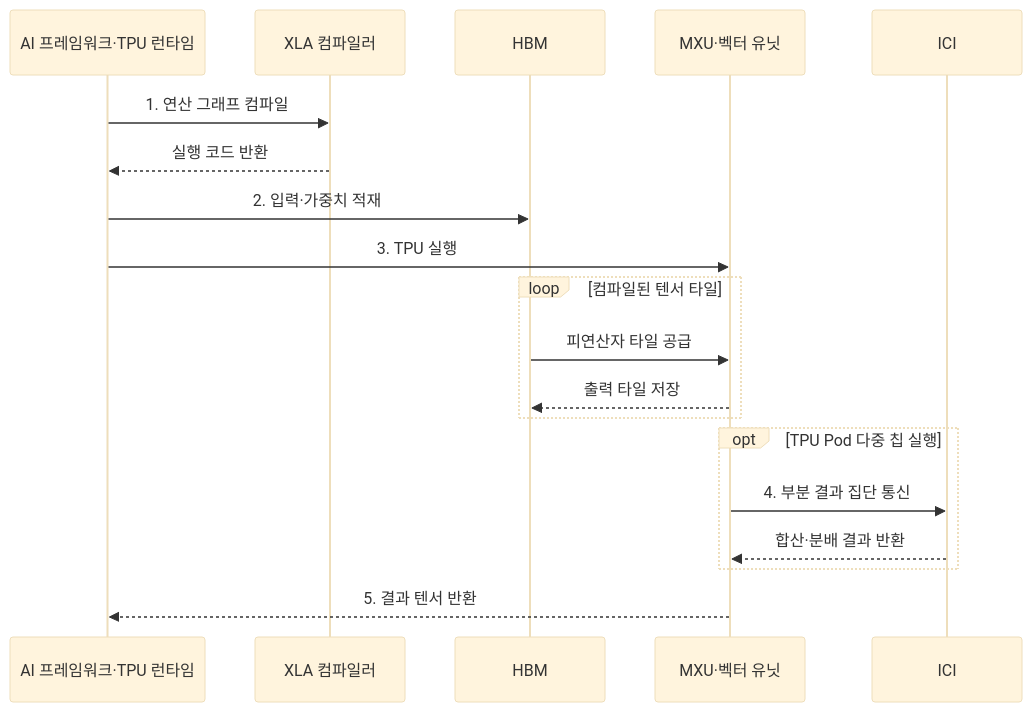
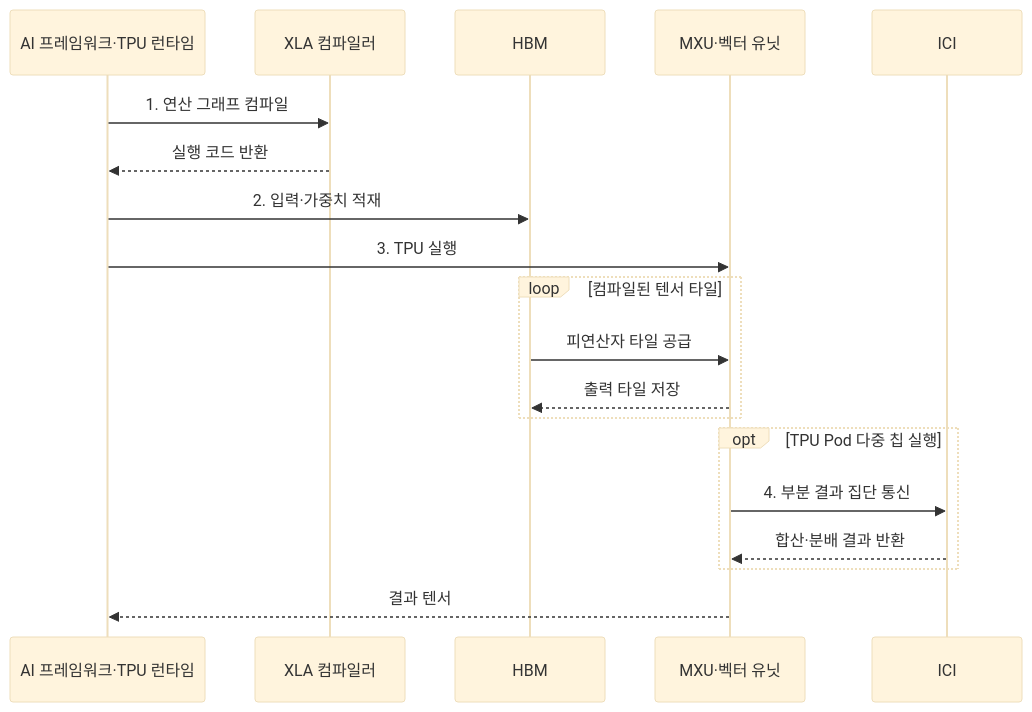
The second of 2 diagrams in src/content/docs/notes/02-hardware/043_tensor_processing_unit.md (agnusdei1207/knowledge-base), drawn with Mermaid (base theme) before and after one commit. The commit also changed other lines of this file and 20 other files, not shown here.

````diff
--- a/src/content/docs/notes/02-hardware/043_tensor_processing_unit.md
+++ b/src/content/docs/notes/02-hardware/043_tensor_processing_unit.md
@@ -88,22 +88,22 @@
 ```mermaid
 sequenceDiagram
     participant A as AI 프레임워크·TPU 런타임
     participant X as XLA 컴파일러
     participant H as HBM
     participant C as MXU·벡터 유닛
     participant I as ICI
 
     A->>X: 1. 연산 그래프 컴파일
     X-->>A: 실행 코드 반환
     A->>H: 2. 입력·가중치 적재
     A->>C: 3. TPU 실행
     loop 컴파일된 텐서 타일
         H->>C: 피연산자 타일 공급
         C-->>H: 출력 타일 저장
     end
     opt TPU Pod 다중 칩 실행
         C->>I: 4. 부분 결과 집단 통신
         I-->>C: 합산·분배 결과 반환
     end
-    C-->>A: 5. 결과 텐서 반환
+    C-->>A: 결과 텐서
 ```
````
